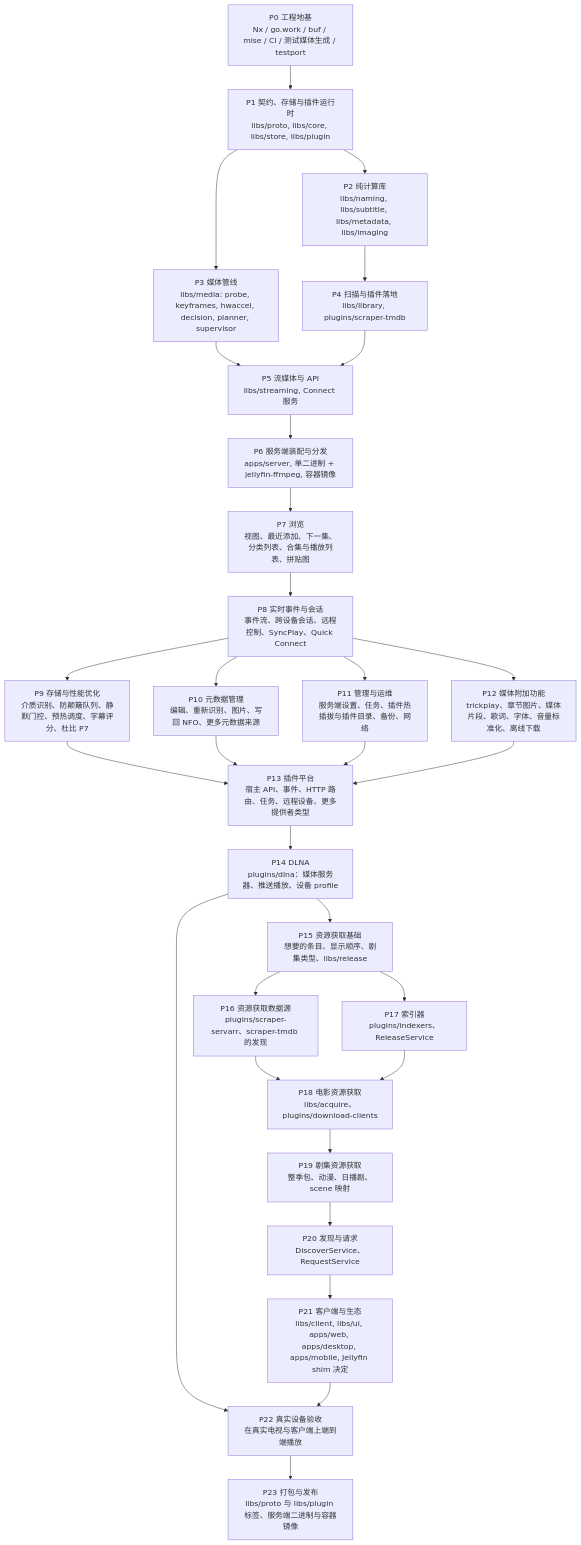
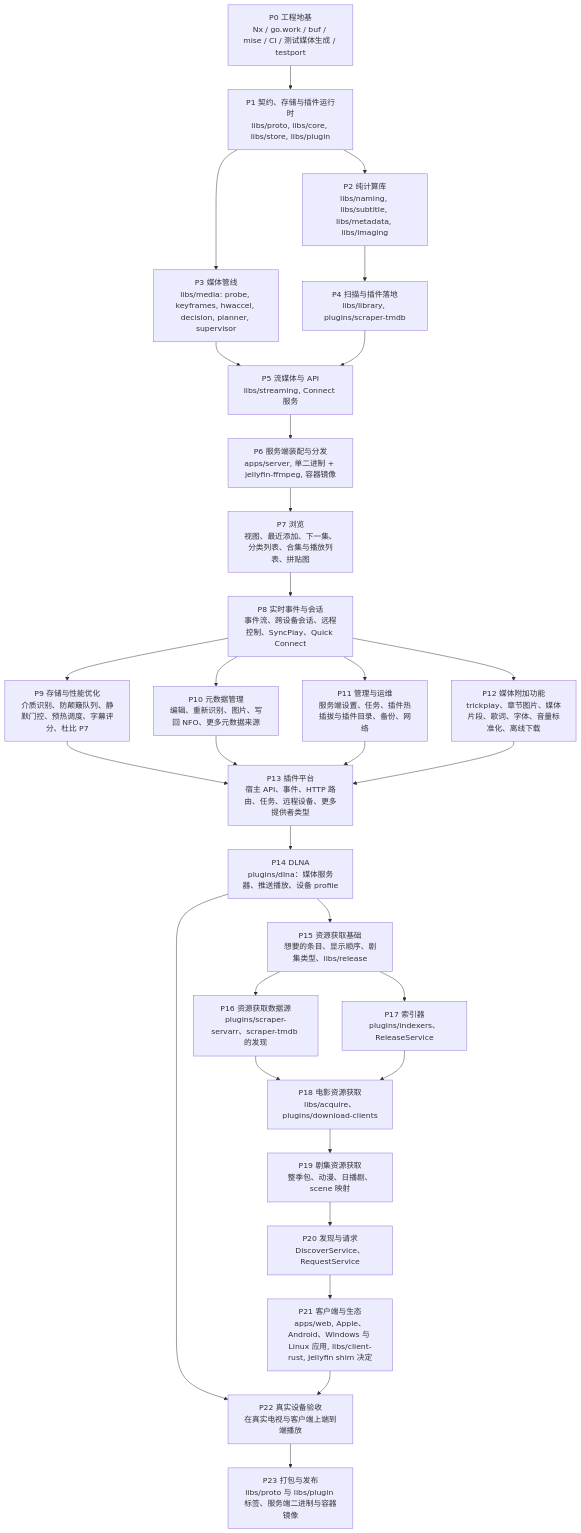
Before and after one commit to mavioai/mavio: the diagram in docs/roadmap.zh-CN.md, drawn with Mermaid. The commit also changed other lines of this file and 9 other files, not shown here.

````diff
--- a/docs/roadmap.zh-CN.md
+++ b/docs/roadmap.zh-CN.md
@@ -20,57 +20,57 @@
 ```mermaid
 flowchart TD
     P0["P0 工程地基<br/>Nx / go.work / buf / mise / CI / 测试媒体生成 / testport"]
     P1["P1 契约、存储与插件运行时<br/>libs/proto, libs/core, libs/store, libs/plugin"]
     P2["P2 纯计算库<br/>libs/naming, libs/subtitle, libs/metadata, libs/imaging"]
     P3["P3 媒体管线<br/>libs/media: probe, keyframes, hwaccel, decision, planner, supervisor"]
     P4["P4 扫描与插件落地<br/>libs/library, plugins/scraper-tmdb"]
     P5["P5 流媒体与 API<br/>libs/streaming, Connect 服务"]
     P6["P6 服务端装配与分发<br/>apps/server, 单二进制 + jellyfin-ffmpeg, 容器镜像"]
     P7["P7 浏览<br/>视图、最近添加、下一集、分类列表、合集与播放列表、拼贴图"]
     P8["P8 实时事件与会话<br/>事件流、跨设备会话、远程控制、SyncPlay、Quick Connect"]
     P9["P9 存储与性能优化<br/>介质识别、防颠簸队列、静默门控、预热调度、字幕评分、杜比 P7"]
     P10["P10 元数据管理<br/>编辑、重新识别、图片、写回 NFO、更多元数据来源"]
     P11["P11 管理与运维<br/>服务端设置、任务、插件热插拔与插件目录、备份、网络"]
     P12["P12 媒体附加功能<br/>trickplay、章节图片、媒体片段、歌词、字体、音量标准化、离线下载"]
     P13["P13 插件平台<br/>宿主 API、事件、HTTP 路由、任务、远程设备、更多提供者类型"]
     P14["P14 DLNA<br/>plugins/dlna：媒体服务器、推送播放、设备 profile"]
     P15["P15 资源获取基础<br/>想要的条目、显示顺序、剧集类型、libs/release"]
     P16["P16 资源获取数据源<br/>plugins/scraper-servarr、scraper-tmdb 的发现"]
     P17["P17 索引器<br/>plugins/indexers、ReleaseService"]
     P18["P18 电影资源获取<br/>libs/acquire、plugins/download-clients"]
     P19["P19 剧集资源获取<br/>整季包、动漫、日播剧、scene 映射"]
     P20["P20 发现与请求<br/>DiscoverService、RequestService"]
-    P21["P21 客户端与生态<br/>libs/client, libs/ui, apps/web, apps/desktop, apps/mobile, Jellyfin shim 决定"]
+    P21["P21 客户端与生态<br/>apps/web, Apple、Android、Windows 与 Linux 应用, libs/client-rust, Jellyfin shim 决定"]
     P22["P22 真实设备验收<br/>在真实电视与客户端上端到端播放"]
     P23["P23 打包与发布<br/>libs/proto 与 libs/plugin 标签、服务端二进制与容器镜像"]
 
     P0 --> P1
     P1 --> P2
     P1 --> P3
     P2 --> P4
     P3 --> P5
     P4 --> P5
     P5 --> P6
     P6 --> P7
     P7 --> P8
     P8 --> P9
     P8 --> P10
     P8 --> P11
     P8 --> P12
     P9 --> P13
     P10 --> P13
     P11 --> P13
     P12 --> P13
     P13 --> P14
     P14 --> P15
     P15 --> P16
     P15 --> P17
     P16 --> P18
     P17 --> P18
     P18 --> P19
     P19 --> P20
     P20 --> P21
     P14 --> P22
     P21 --> P22
     P22 --> P23
 ```
````
